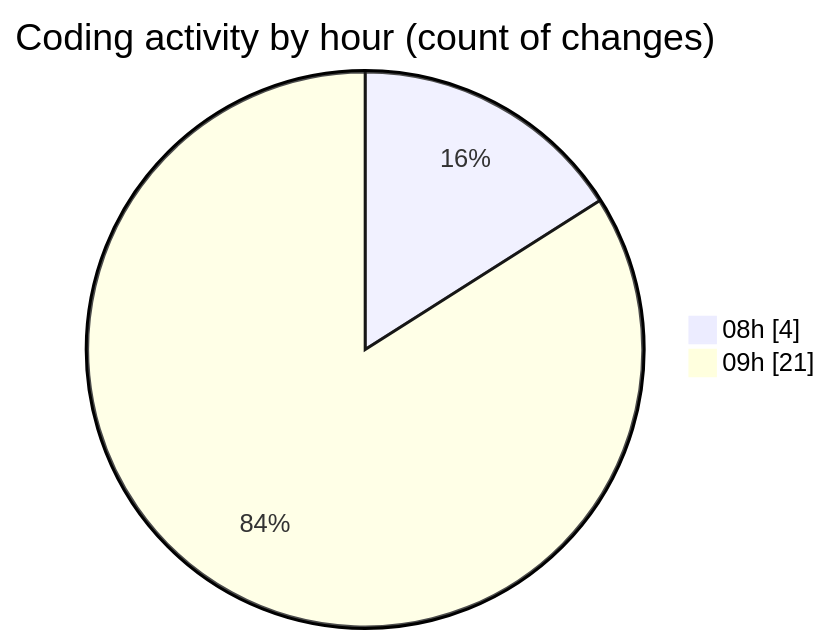
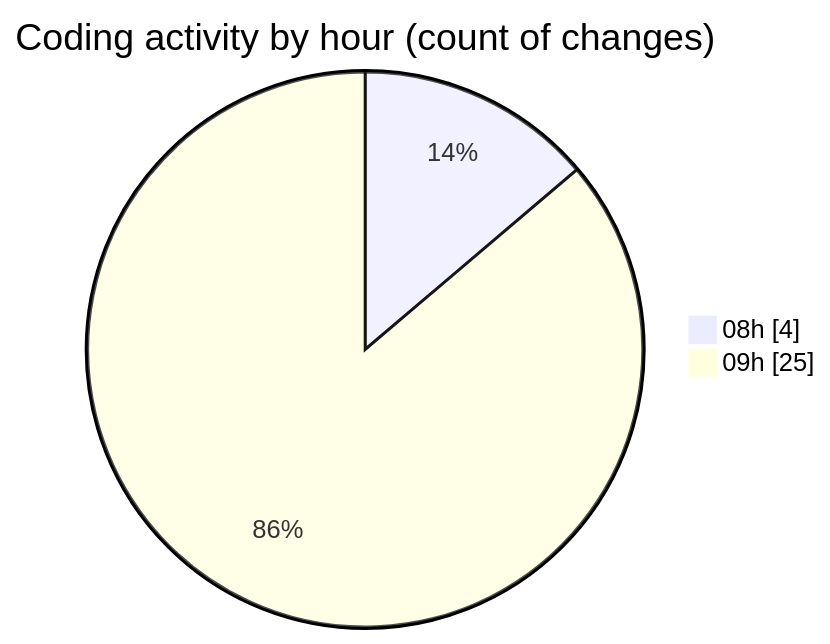
The second of 2 diagrams in 2026-02-19/bot_v1_2/README.md (becaeroporto-bot/code-tracking), drawn with Mermaid before and after one commit. The commit also changed other lines of this file and 1 other file, not shown here.

````diff
--- a/2026-02-19/bot_v1_2/README.md
+++ b/2026-02-19/bot_v1_2/README.md
@@ -34,6 +34,6 @@
 ```mermaid
 pie showData
 title Coding activity by hour (count of changes)
 "08h" : 4
-"09h" : 21
+"09h" : 25
 ```
````
